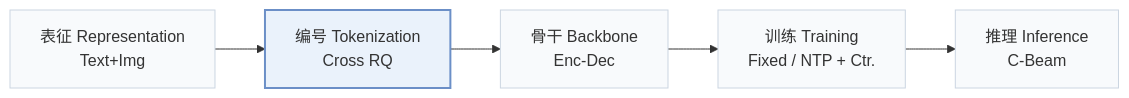
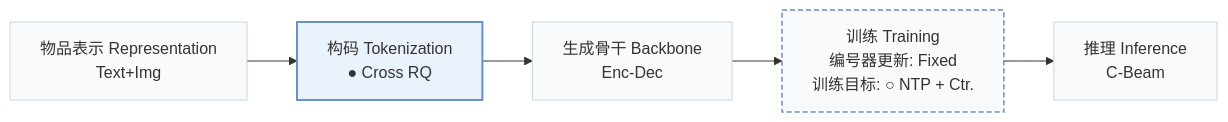
One commit to Galaxy-ghost/Awesome-SID-Generative-Rec changed the first of 3 diagrams in pages/zh/papers/macrec.md. Above: the diagram before and after it, drawn with Mermaid. The commit also changed other lines of this file and 558 other files, not shown here.

````diff
--- a/pages/zh/papers/macrec.md
+++ b/pages/zh/papers/macrec.md
@@ -15,8 +18,10 @@
 ```mermaid
 flowchart LR
-    R["表征 Representation<br/>Text+Img"] --> T["编号 Tokenization<br/>Cross RQ"] --> B["骨干 Backbone<br/>Enc-Dec"] --> TR["训练 Training<br/>Fixed / NTP + Ctr."] --> I["推理 Inference<br/>C-Beam"]
+    R["物品表示 Representation<br/>Text+Img"] --> T["构码 Tokenization<br/>● Cross RQ"] --> B["生成骨干 Backbone<br/>Enc-Dec"] --> TR["训练 Training<br/>编号器更新: Fixed<br/>训练目标: ○ NTP + Ctr."] --> I["推理 Inference<br/>C-Beam"]
     classDef base fill:#f8fafc,stroke:#cbd5e1
     class R,T,B,TR,I base
+    classDef other fill:#f8fafc,stroke:#6b8fc7,stroke-width:1.5px,stroke-dasharray:5 3
+    class TR other
     classDef main fill:#eaf2fb,stroke:#6b8fc7,stroke-width:2px
     class T main
 ```
````
